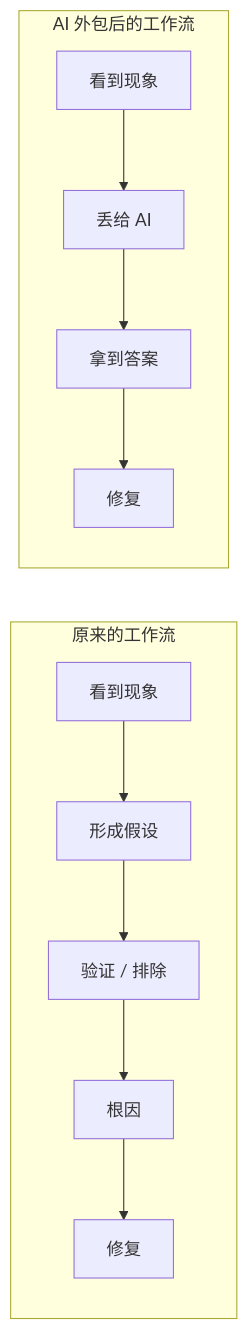
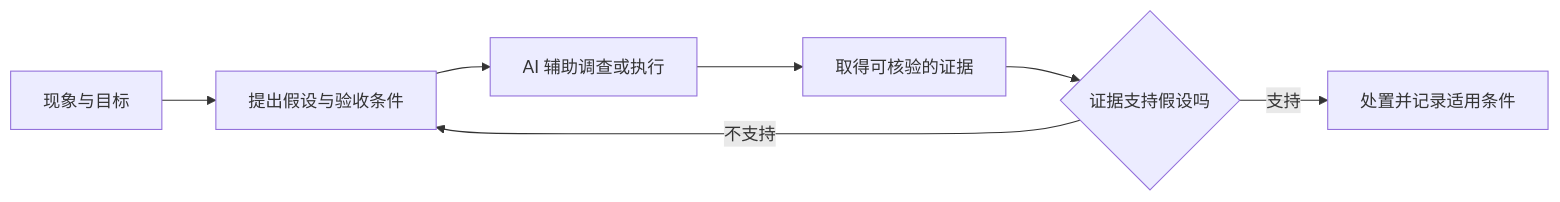
Before and after one commit to oh-my-vibe-coding/ai-reliability-architecture: the diagram in 理念/01-AI时代工程师的真实处境.md, drawn with Mermaid. The commit also changed other lines of this file and 67 other files, not shown here.

````diff
--- a/理念/01-AI时代工程师的真实处境.md
+++ b/理念/01-AI时代工程师的真实处境.md
@@ -33,16 +51,9 @@
 ```mermaid
 flowchart LR
-    subgraph Before[原来的工作流]
-        direction TB
-        C1[看到现象] --> C2[形成假设]
-        C2 --> C3[验证 / 排除]
-        C3 --> C4[根因]
-        C4 --> C5[修复]
-    end
-    subgraph After[AI 外包后的工作流]
-        direction TB
-        A1[看到现象] --> A2[丢给 AI]
-        A2 --> A3[拿到答案]
-        A3 --> A4[修复]
-    end
+    P[现象与目标] --> H[提出假设与验收条件]
+    H --> A[AI 辅助调查或执行]
+    A --> E[取得可核验的证据]
+    E --> D{证据支持假设吗}
+    D -->|支持| R[处置并记录适用条件]
+    D -->|不支持| H
 ```
````
